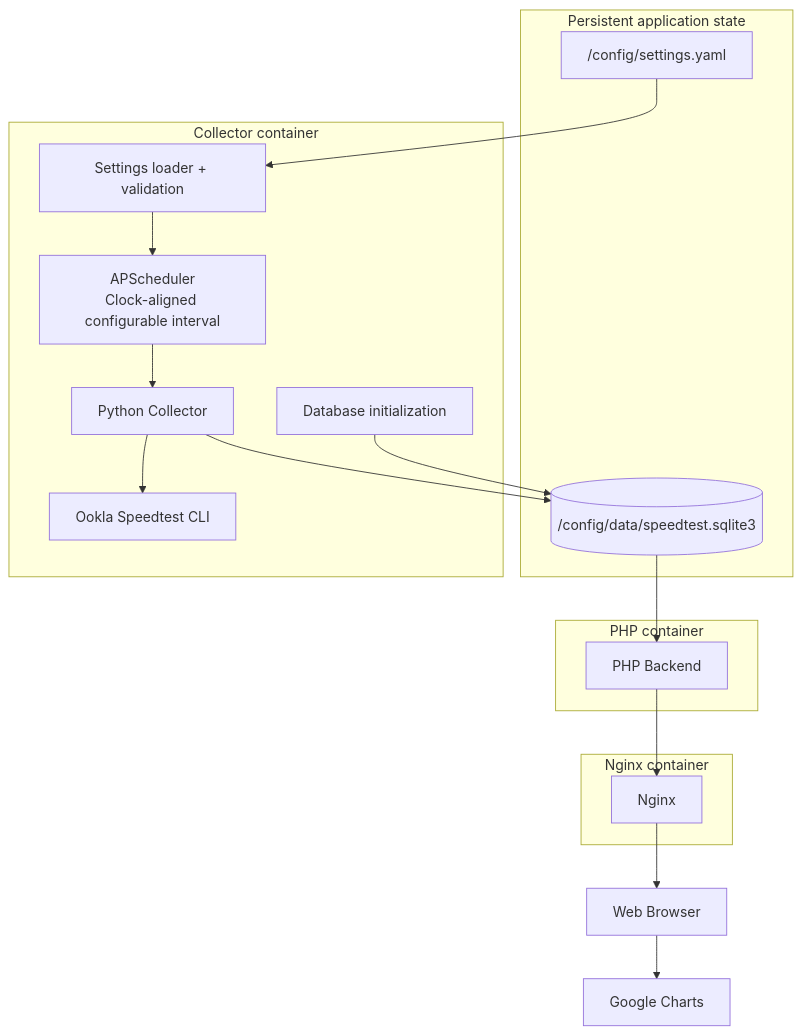
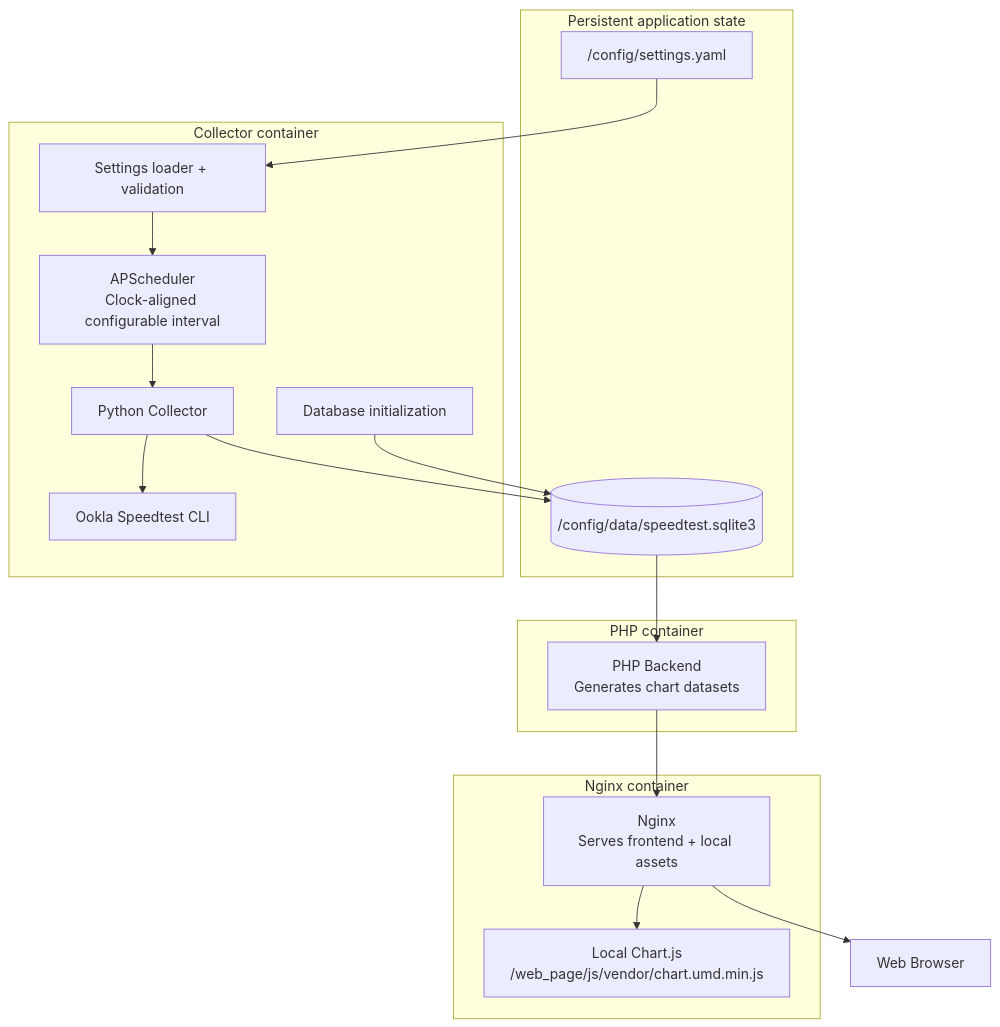
The first of 2 diagrams in README.md (cristianCanek/speed_test), drawn with Mermaid before and after one commit. The commit also changed other lines of this file and 6 other files, not shown here.

````diff
--- a/README.md
+++ b/README.md
@@ -84,39 +93,40 @@
 ```mermaid
 flowchart TB
 
     subgraph PersistentState["Persistent application state"]
         Config["/config/settings.yaml"]
         SQLite[("/config/data/speedtest.sqlite3")]
     end
 
     subgraph CollectorContainer["Collector container"]
         Settings["Settings loader + validation"]
         Scheduler["APScheduler<br/>Clock-aligned configurable interval"]
         Collector["Python Collector"]
         Ookla["Ookla Speedtest CLI"]
         DBInit["Database initialization"]
 
         Settings --> Scheduler
         Scheduler --> Collector
         Collector --> Ookla
     end
 
     subgraph PHPContainer["PHP container"]
-        PHP["PHP Backend"]
+        PHP["PHP Backend<br/>Generates chart datasets"]
     end
 
     subgraph NginxContainer["Nginx container"]
-        Nginx["Nginx"]
+        Nginx["Nginx<br/>Serves frontend + local assets"]
+        ChartJS["Local Chart.js<br/>/web_page/js/vendor/chart.umd.min.js"]
+
+        Nginx --> ChartJS
     end
 
     Browser["Web Browser"]
-    Google["Google Charts"]
 
     Config --> Settings
     DBInit --> SQLite
     Collector --> SQLite
     SQLite --> PHP
     PHP --> Nginx
     Nginx --> Browser
-    Browser --> Google
 ```
````
